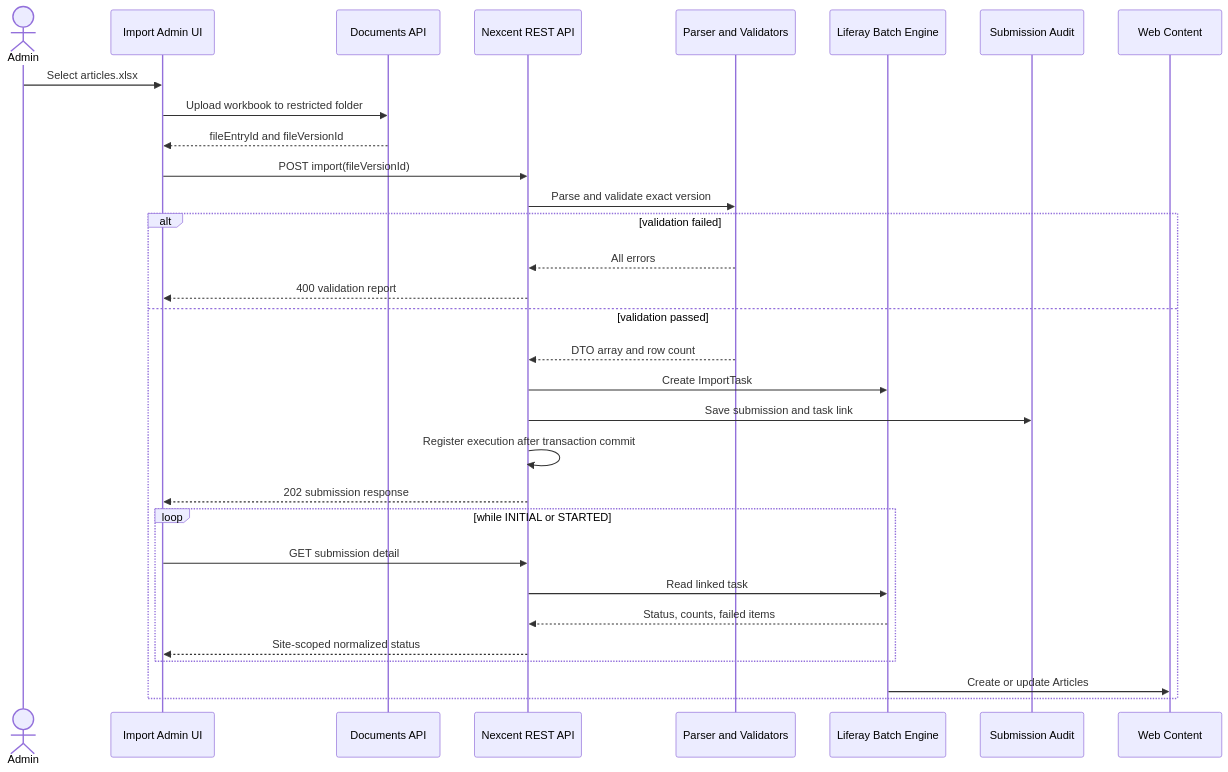
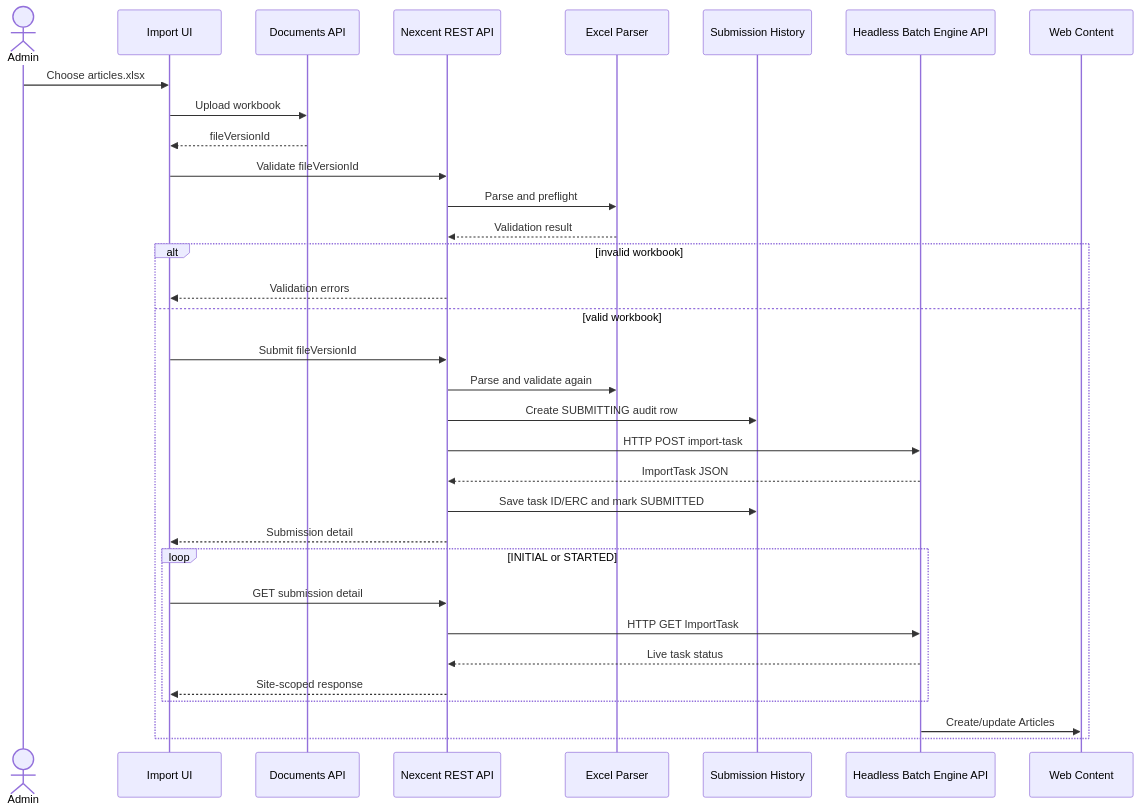
Before and after one commit to hungtvb/liferay-mini: the diagram in docs/architecture/excel-web-content-importer-detail-design.md, drawn with Mermaid. The commit also changed other lines of this file, not shown here.

Commit message:
docs(import): require Headless Batch Engine API calls

````diff
--- a/docs/architecture/excel-web-content-importer-detail-design.md
+++ b/docs/architecture/excel-web-content-importer-detail-design.md
@@ -341,34 +194,39 @@
 ```mermaid
 sequenceDiagram
     actor Admin
-    participant UI as Import Admin UI
+    participant UI as Import UI
     participant Docs as Documents API
     participant API as Nexcent REST API
-    participant Preflight as Parser and Validators
-    participant Batch as Liferay Batch Engine
-    participant DB as Submission Audit
+    participant Parser as Excel Parser
+    participant DB as Submission History
+    participant Batch as Headless Batch Engine API
     participant WC as Web Content
 
-    Admin->>UI: Select articles.xlsx
-    UI->>Docs: Upload workbook to restricted folder
-    Docs-->>UI: fileEntryId and fileVersionId
-    UI->>API: POST import(fileVersionId)
-    API->>Preflight: Parse and validate exact version
-    alt validation failed
-        Preflight-->>API: All errors
-        API-->>UI: 400 validation report
-    else validation passed
-        Preflight-->>API: DTO array and row count
-        API->>Batch: Create ImportTask
-        API->>DB: Save submission and task link
-        API->>API: Register execution after transaction commit
-        API-->>UI: 202 submission response
-        loop while INITIAL or STARTED
+    Admin->>UI: Choose articles.xlsx
+    UI->>Docs: Upload workbook
+    Docs-->>UI: fileVersionId
+    UI->>API: Validate fileVersionId
+    API->>Parser: Parse and preflight
+    Parser-->>API: Validation result
+
+    alt invalid workbook
+        API-->>UI: Validation errors
+    else valid workbook
+        UI->>API: Submit fileVersionId
+        API->>Parser: Parse and validate again
+        API->>DB: Create SUBMITTING audit row
+        API->>Batch: HTTP POST import-task
+        Batch-->>API: ImportTask JSON
+        API->>DB: Save task ID/ERC and mark SUBMITTED
+        API-->>UI: Submission detail
+
+        loop INITIAL or STARTED
             UI->>API: GET submission detail
-            API->>Batch: Read linked task
-            Batch-->>API: Status, counts, failed items
-            API-->>UI: Site-scoped normalized status
+            API->>Batch: HTTP GET ImportTask
+            Batch-->>API: Live task status
+            API-->>UI: Site-scoped response
         end
-        Batch->>WC: Create or update Articles
+
+        Batch->>WC: Create/update Articles
     end
 ```
````
